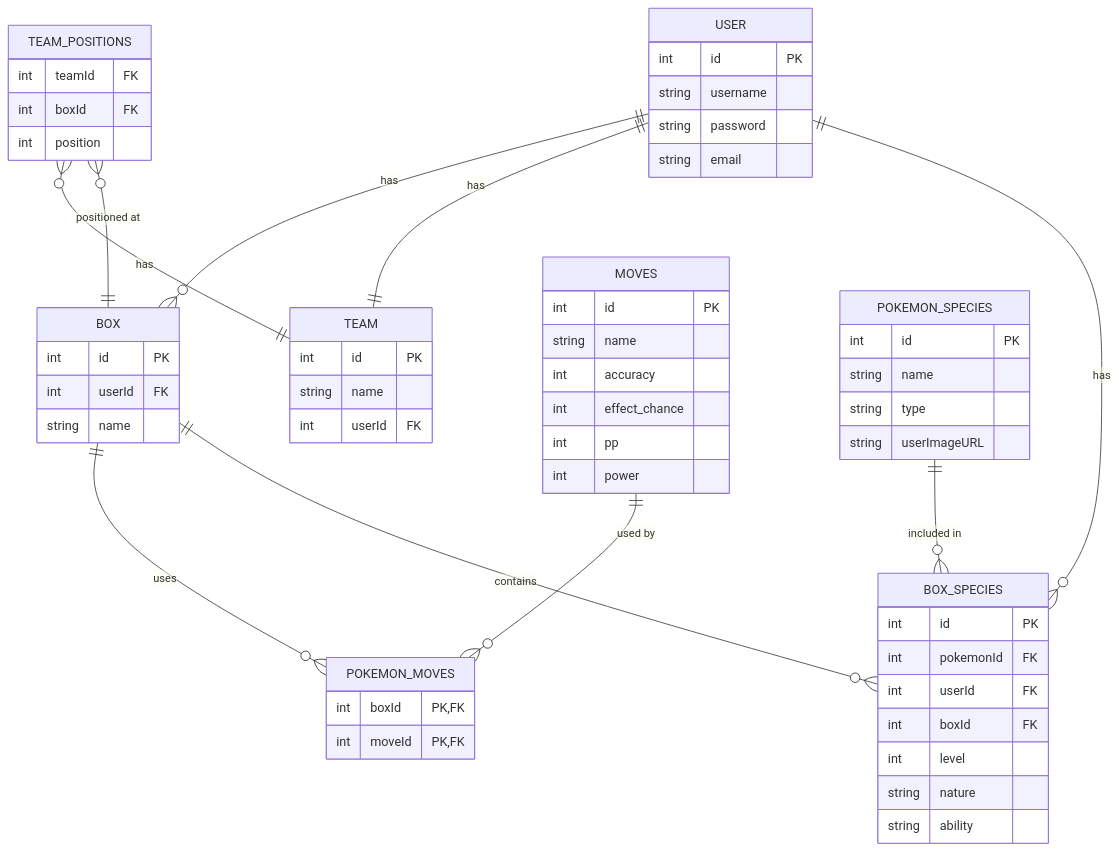
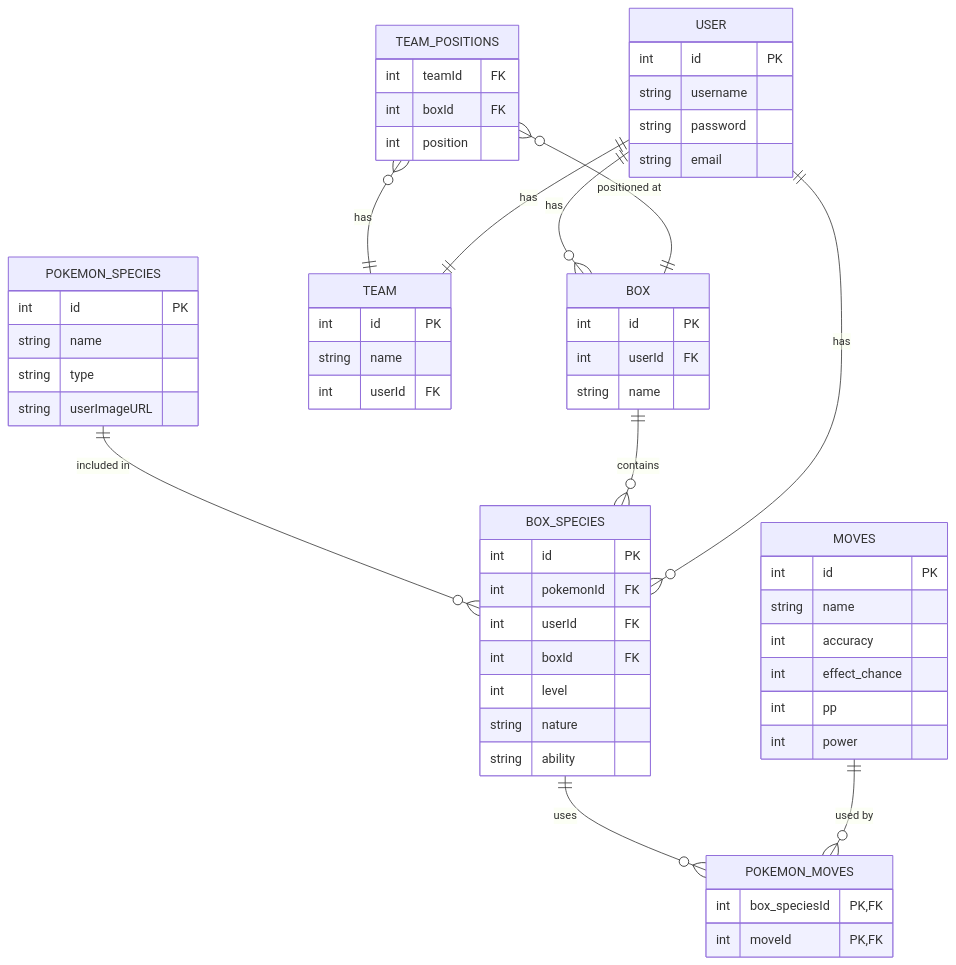
Before and after one commit to tjklint/PokePC: the diagram in erd.mermaid, drawn with Mermaid.

```diff
--- a/erd.mermaid
+++ b/erd.mermaid
@@ -1,66 +1,66 @@
 erDiagram
     USER ||--o{ BOX : "has"
     TEAM_POSITIONS o{--|| TEAM: "has"
     TEAM_POSITIONS o{--|| BOX: "positioned at"
     USER||--|| TEAM:"has"
-    BOX ||--o{ POKEMON_MOVES : "uses"
+    BOX_SPECIES ||--o{ POKEMON_MOVES : "uses"
     MOVES ||--o{ POKEMON_MOVES : "used by"
     POKEMON_SPECIES ||--o{ BOX_SPECIES : "included in"
     BOX ||--o{ BOX_SPECIES : "contains"
     USER ||--o{ BOX_SPECIES : "has"
 
     USER {
         int id PK
         string username
         string password
         string email
     }
 
     POKEMON_SPECIES {
         int id PK
         string name
         string type
         string userImageURL
     }
 
     BOX {
         int id PK
         int userId FK
         string name
     }
 
     BOX_SPECIES {
         int id PK
         int pokemonId FK
         int userId FK
         int boxId FK
         int level
         string nature
         string ability
     }
 
     TEAM {
         int id PK
         string name
         int userId FK
     }
 
     TEAM_POSITIONS {
         int teamId FK
         int boxId FK
         int position
     }
 
     MOVES {
         int id PK
         string name 
         int accuracy
         int effect_chance
         int pp   
         int power
     }
 
     POKEMON_MOVES {
-        int boxId PK, FK
+        int box_speciesId PK, FK
         int moveId PK, FK
     }
```
